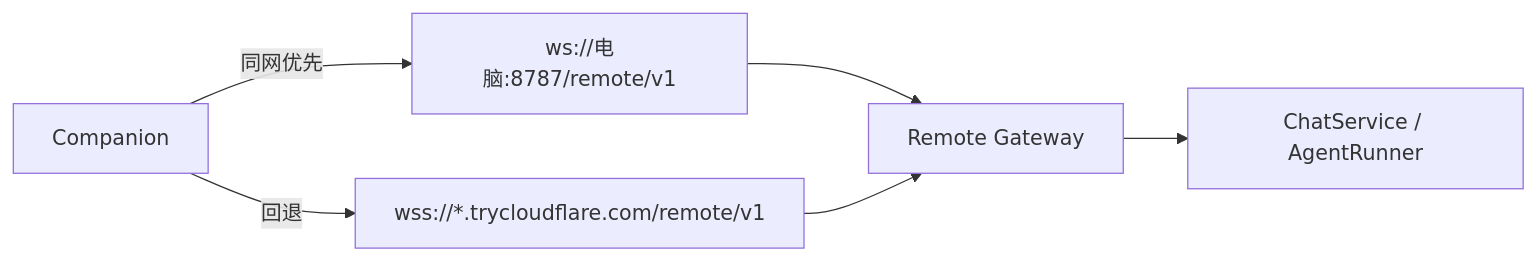
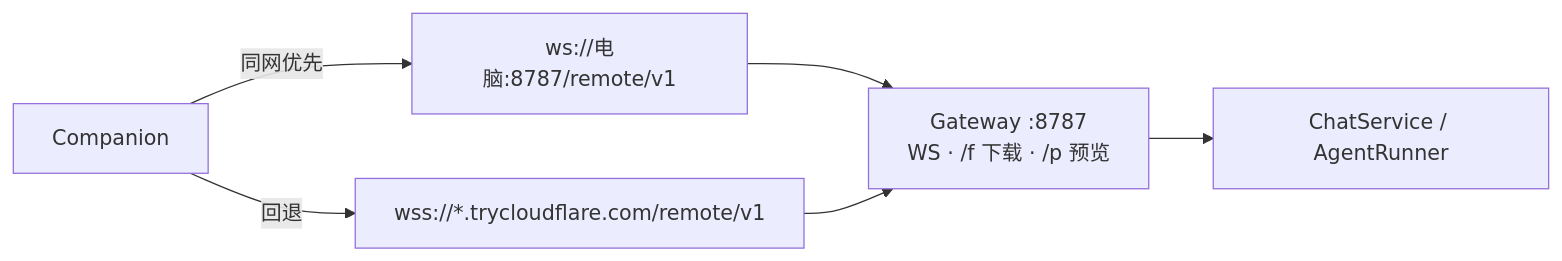
The first of 2 diagrams in README.zh-CN.md (rururunu/Anya), drawn with Mermaid before and after one commit. The commit also changed other lines of this file and 86 other files, not shown here.

````diff
--- a/README.zh-CN.md
+++ b/README.zh-CN.md
@@ -90,8 +92,8 @@
 ```mermaid
 flowchart LR
   Phone[Companion] -->|同网优先| LAN["ws://电脑:8787/remote/v1"]
   Phone -->|回退| CF["wss://*.trycloudflare.com/remote/v1"]
-  LAN --> GW[Remote Gateway]
+  LAN --> GW["Gateway :8787<br/>WS · /f 下载 · /p 预览"]
   CF --> GW
   GW --> Agent[ChatService / AgentRunner]
 ```
````
